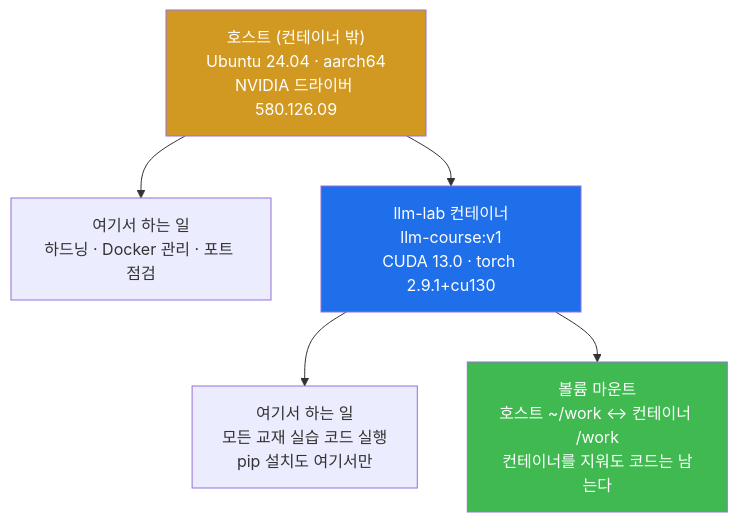
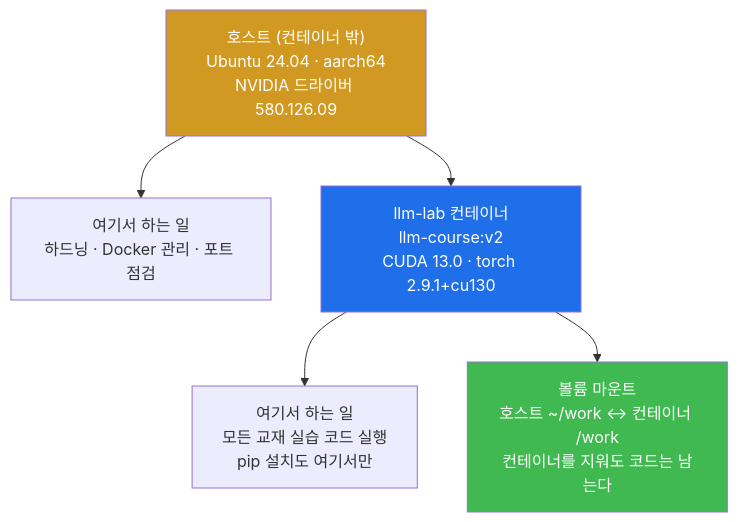
Before and after one commit to mrgrit/tw2: the second of 4 diagrams in contents/training/llm-from-scratch/lecture_week01.md, drawn with Mermaid. The commit also changed other lines of this file and 9 other files, not shown here.

First line of the commit message:
fix(training): 골든 이미지 llm-course v1→v2 — W10 실행불가 결손 해소 + 재배포 안정화

````diff
--- a/contents/training/llm-from-scratch/lecture_week01.md
+++ b/contents/training/llm-from-scratch/lecture_week01.md
@@ -162,10 +162,10 @@
 ```mermaid
 graph TD
     H["호스트 (컨테이너 밖)<br/>Ubuntu 24.04 · aarch64<br/>NVIDIA 드라이버 580.126.09"] --> HD["여기서 하는 일<br/>하드닝 · Docker 관리 · 포트 점검"]
-    H --> C["llm-lab 컨테이너<br/>llm-course:v1<br/>CUDA 13.0 · torch 2.9.1+cu130"]
+    H --> C["llm-lab 컨테이너<br/>llm-course:v2<br/>CUDA 13.0 · torch 2.9.1+cu130"]
     C --> CD["여기서 하는 일<br/>모든 교재 실습 코드 실행<br/>pip 설치도 여기서만"]
     C --> V["볼륨 마운트<br/>호스트 ~/work ↔ 컨테이너 /work<br/>컨테이너를 지워도 코드는 남는다"]
     style H fill:#d29922,color:#fff
     style C fill:#1f6feb,color:#fff
     style V fill:#3fb950,color:#fff
 ```
````
